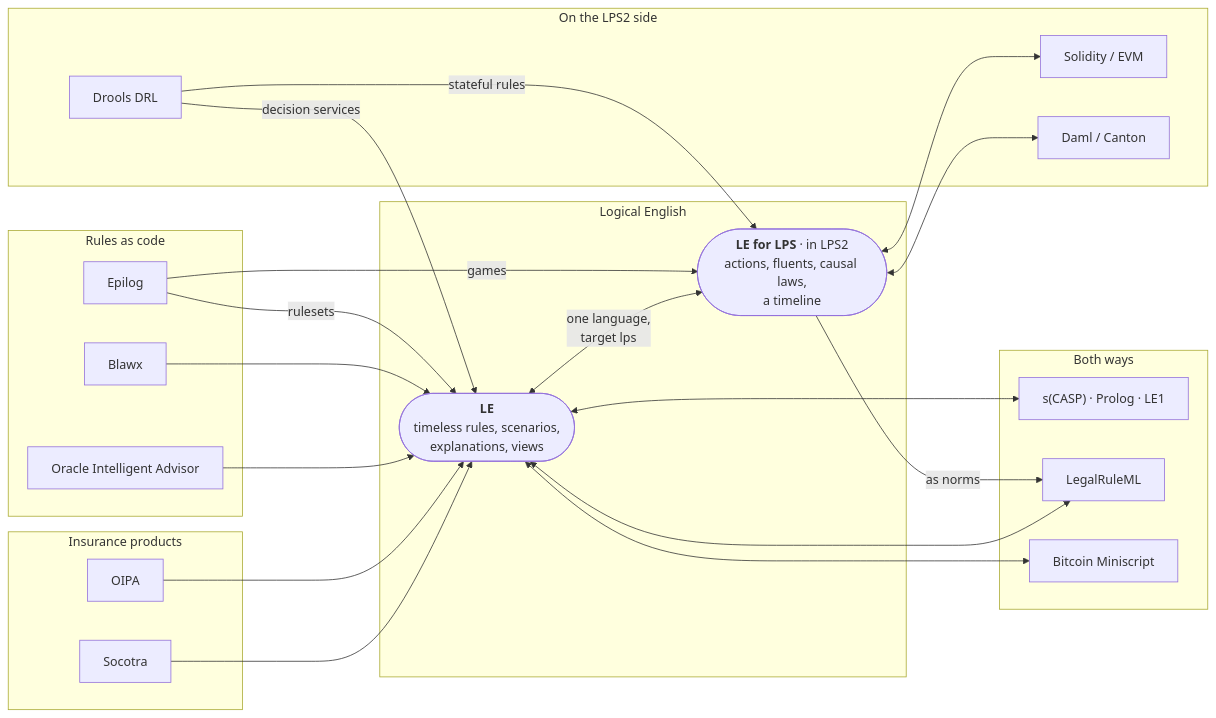
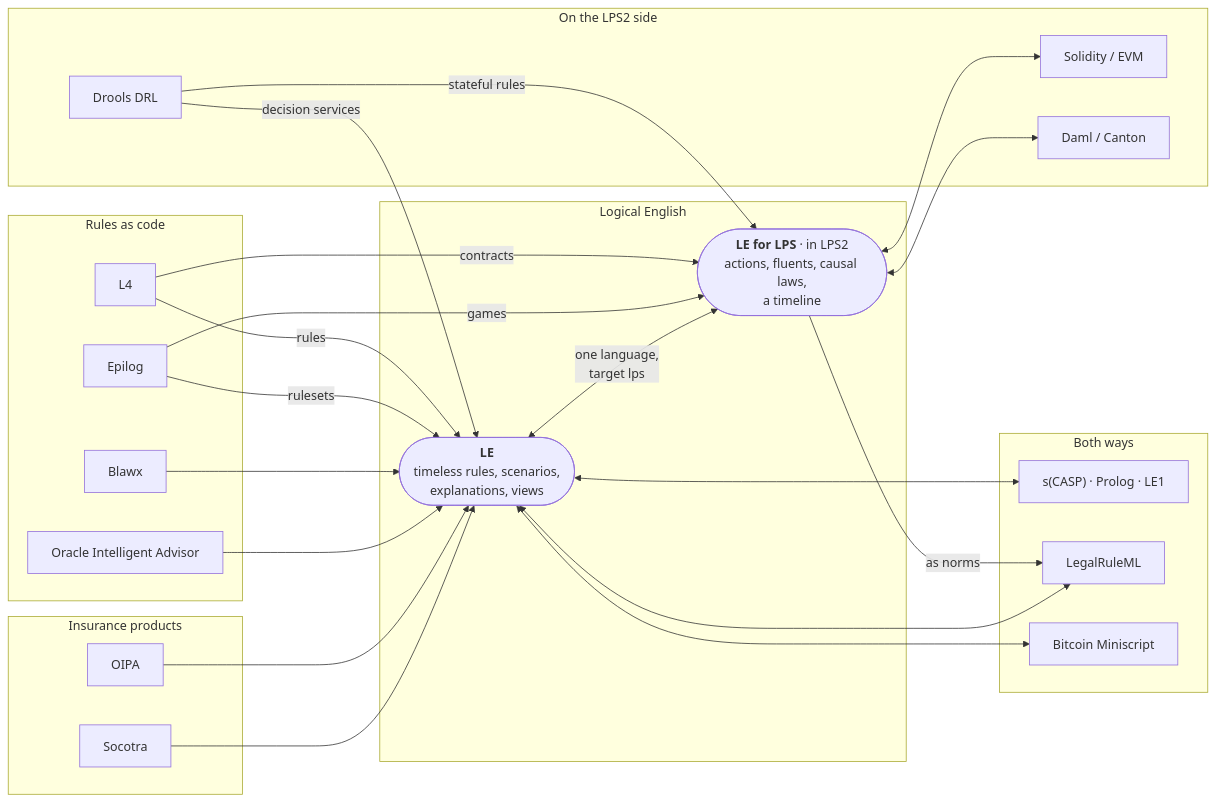
One commit to LogicalContracts/LogicalEnglish2 changed the diagram in docs/user/integrations/index.md. Above: the diagram before and after it, drawn with Mermaid. The commit also changed other lines of this file and 423 other files, not shown here.

````diff
--- a/docs/user/integrations/index.md
+++ b/docs/user/integrations/index.md
@@ -43,61 +43,65 @@
 ```mermaid
 flowchart LR
   subgraph ins["Insurance products"]
     SO["Socotra"]
     OP["OIPA"]
   end
 
   subgraph rac["Rules as code"]
     OIA["Oracle Intelligent Advisor"]
     BX["Blawx"]
     EP["Epilog"]
+    L4["L4"]
   end
 
   subgraph core["Logical English"]
     LE(["<b>LE</b><br/>timeless rules, scenarios,<br/>explanations, views"])
     LPS(["<b>LE for LPS</b> · in LPS2<br/>actions, fluents, causal laws,<br/>a timeline"])
     LE <-- "one language,<br/>target lps" --> LPS
   end
 
   subgraph both["Both ways"]
     SC["s(CASP) · Prolog · LE1"]
     LR["LegalRuleML"]
     MS["Bitcoin Miniscript"]
   end
 
   subgraph lpsside["On the LPS2 side"]
     DR["Drools DRL"]
     SOL["Solidity / EVM"]
     DA["Daml / Canton"]
   end
 
   SO --> LE
   OP --> LE
   OIA --> LE
   BX --> LE
   EP -- "rulesets" --> LE
   EP -- "games" --> LPS
+  L4 -- "rules" --> LE
+  L4 -- "contracts" --> LPS
   DR -- "decision services" --> LE
   DR -- "stateful rules" --> LPS
 
   LE <--> SC
   LE <--> LR
   LE <--> MS
   LPS <--> SOL
   LPS -- "as norms" --> LR
   LPS <--> DA
 
   click SO "socotra" "Socotra and Logical English"
   click OP "oipa" "OIPA and Logical English"
   click OIA "oia" "Oracle Intelligent Advisor and Logical English"
   click BX "blawx" "Blawx and Logical English"
   click EP "epilog" "Epilog and Logical English"
+  click L4 "l4" "L4 and Logical English"
   click SC "scasp" "s(CASP), Prolog and LE1"
   click LR "legalruleml" "LegalRuleML and Logical English"
   click MS "miniscript" "Bitcoin Miniscript and Logical English"
   click LE "../reference/language" "The Logical English reference"
   click LPS "https://lps2.logicalcontracts.com/docs/user/integrations/index" "LPS2: other systems"
   click DR "https://lps2.logicalcontracts.com/docs/user/integrations/drools" "Drools and LPS (LPS2 documentation)"
   click SOL "https://lps2.logicalcontracts.com/docs/user/integrations/solidity" "Solidity and LPS (LPS2 documentation)"
   click DA "https://lps2.logicalcontracts.com/docs/user/integrations/daml" "Daml and LPS (LPS2 documentation)"
 ```
````
